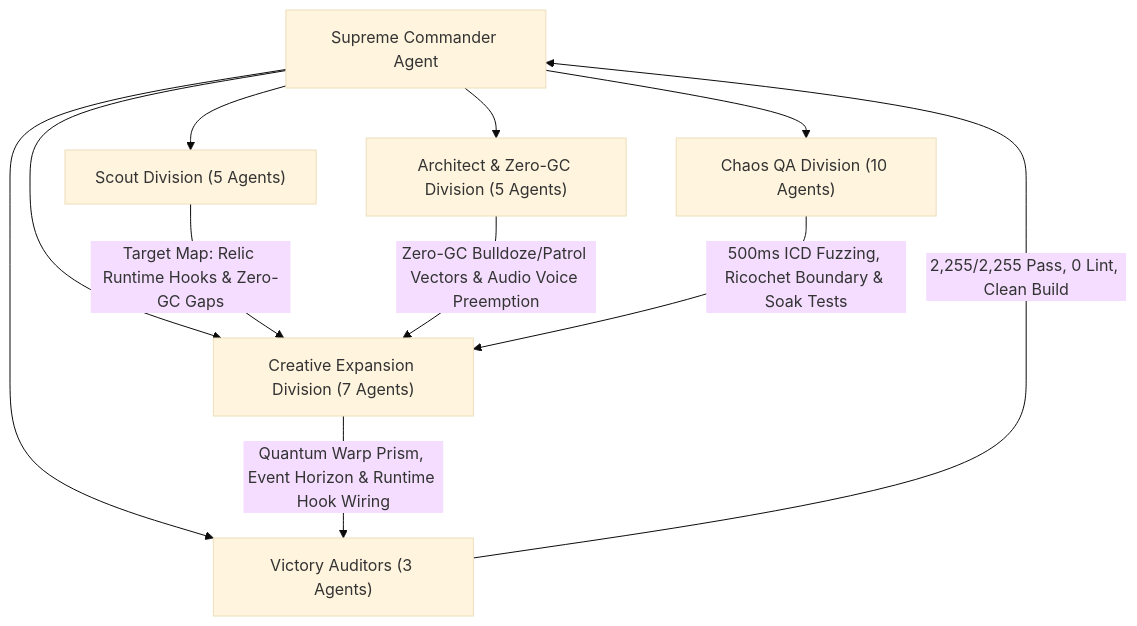
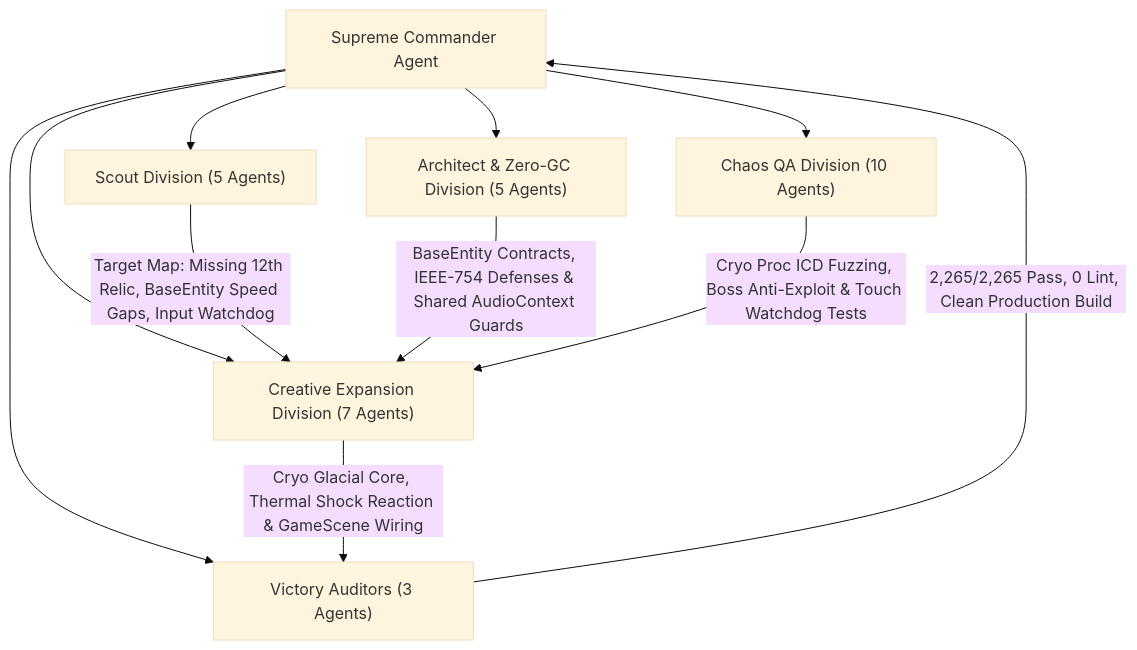
The diagram in DAILY_REPORT.md (LeegwangYeol/bomberman-game), drawn with Mermaid (base theme) before and after one commit. The commit also changed other lines of this file and 25 other files, not shown here.

````diff
--- a/DAILY_REPORT.md
+++ b/DAILY_REPORT.md
@@ -52,14 +62,14 @@
 ```mermaid
 flowchart TD
     SC["Supreme Commander Agent"] --> SD["Scout Division (5 Agents)"]
     SC --> AD["Architect & Zero-GC Division (5 Agents)"]
     SC --> CQD["Chaos QA Division (10 Agents)"]
     SC --> CED["Creative Expansion Division (7 Agents)"]
     SC --> VA["Victory Auditors (3 Agents)"]
 
-    SD -->|"Target Map: Relic Runtime Hooks & Zero-GC Gaps"| CED
-    AD -->|"Zero-GC Bulldoze/Patrol Vectors & Audio Voice Preemption"| CED
-    CQD -->|"500ms ICD Fuzzing, Ricochet Boundary & Soak Tests"| CED
-    CED -->|"Quantum Warp Prism, Event Horizon & Runtime Hook Wiring"| VA
-    VA -->|"2,255/2,255 Pass, 0 Lint, Clean Build"| SC
+    SD -->|"Target Map: Missing 12th Relic, BaseEntity Speed Gaps, Input Watchdog"| CED
+    AD -->|"BaseEntity Contracts, IEEE-754 Defenses & Shared AudioContext Guards"| CED
+    CQD -->|"Cryo Proc ICD Fuzzing, Boss Anti-Exploit & Touch Watchdog Tests"| CED
+    CED -->|"Cryo Glacial Core, Thermal Shock Reaction & GameScene Wiring"| VA
+    VA -->|"2,265/2,265 Pass, 0 Lint, Clean Production Build"| SC
 ```
````
